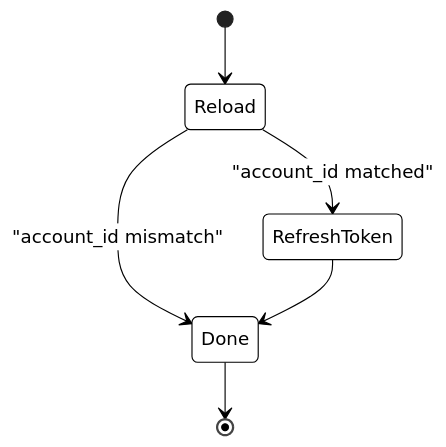
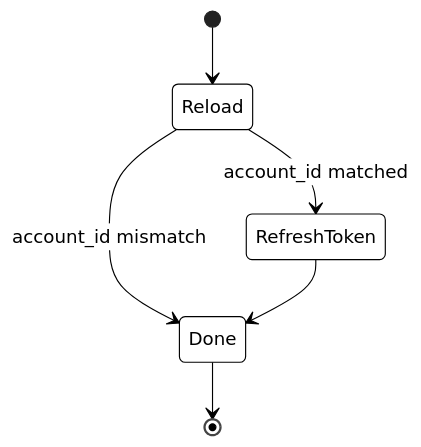
The fifth of 6 diagrams in Part I Principles and Usage/08-Provider与API模式.md (GLBB/codex-source-analysis), drawn with Mermaid before and after one commit. The commit also changed other lines of this file and 12 other files, not shown here.

````diff
--- a/Part I Principles and Usage/08-Provider与API模式.md
+++ b/Part I Principles and Usage/08-Provider与API模式.md
@@ -785,9 +800,9 @@
 ```mermaid
 %%{init: {"theme":"neutral","themeCSS":"svg { background: #ffffff !important; } .label, .nodeLabel, .edgeLabel, text { fill: #000000 !important; color: #000000 !important; }","themeVariables":{"background":"#ffffff","mainBkg":"#ffffff","primaryColor":"#f5f5f5","primaryTextColor":"#000000","primaryBorderColor":"#333333","lineColor":"#444444","secondaryColor":"#f6f8fa","tertiaryColor":"#ffffff","clusterBkg":"#fafafa","clusterBorder":"#888888","edgeLabelBackground":"#ffffff","fontFamily":"Helvetica"}}}%%
 stateDiagram-v2
     [*] --> Reload
-    Reload --> RefreshToken: "account_id matched"
-    Reload --> Done: "account_id mismatch"
+    Reload --> RefreshToken: account_id matched
+    Reload --> Done: account_id mismatch
     RefreshToken --> Done
     Done --> [*]
 ```
````
